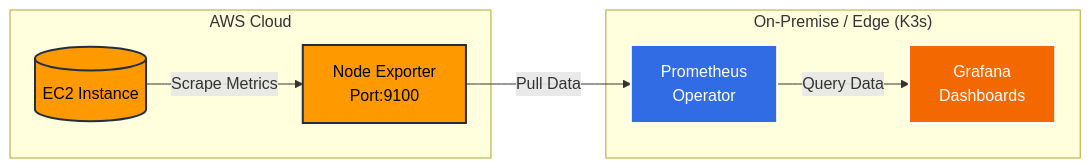
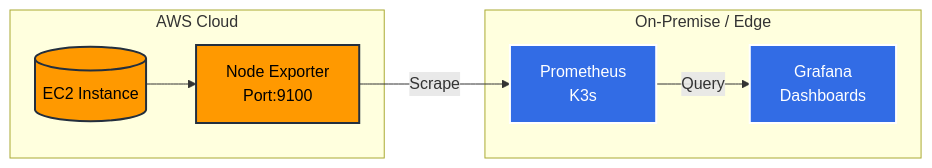
Before and after one commit to AkhsanDaffa/aws-hybrid-image-processor: the second of 3 diagrams in README.md, drawn with Mermaid. The commit also changed other lines of this file, not shown here.

Commit message:
fix diagram to early concept

````diff
--- a/README.md
+++ b/README.md
@@ -42,21 +41,21 @@
 ```mermaid
-graph LR
+flowchart LR
     subgraph AWS ["AWS Cloud"]
         EC2[("EC2 Instance")]
-        NodeExp[Node Exporter\nPort:9100]
+        NodeExp[Node Exporter<br/>Port:9100]
     end
 
-    subgraph Edge ["On-Premise / Edge (K3s)"]
-        Prometheus[Prometheus\nOperator]
-        Grafana[Grafana\nDashboards]
+    subgraph Edge ["On-Premise / Edge"]
+        Prometheus[Prometheus<br/>K3s]
+        Grafana[Grafana<br/>Dashboards]
     end
 
-    EC2 -->|Scrape Metrics| NodeExp
-    NodeExp -->|Pull Data| Prometheus
-    Prometheus -->|Query Data| Grafana
+    EC2 --> NodeExp
+    NodeExp -->|Scrape| Prometheus
+    Prometheus -->|Query| Grafana
 
-    style EC2 fill:#FF9900,stroke:#232F3E,stroke-width:2px,color:black
-    style NodeExp fill:#FF9900,stroke:#232F3E,stroke-width:2px,color:black
-    style Prometheus fill:#326ce5,stroke:#fff,stroke-width:2px,color:white
-    style Grafana fill:#F46800,stroke:#fff,stroke-width:2px,color:white
+    classDef aws fill:#FF9900,stroke:#232F3E,stroke-width:2px,color:black
+    classDef k8s fill:#326ce5,stroke:#fff,stroke-width:2px,color:white
+    class EC2,NodeExp aws
+    class Prometheus,Grafana k8s
 ```
````
